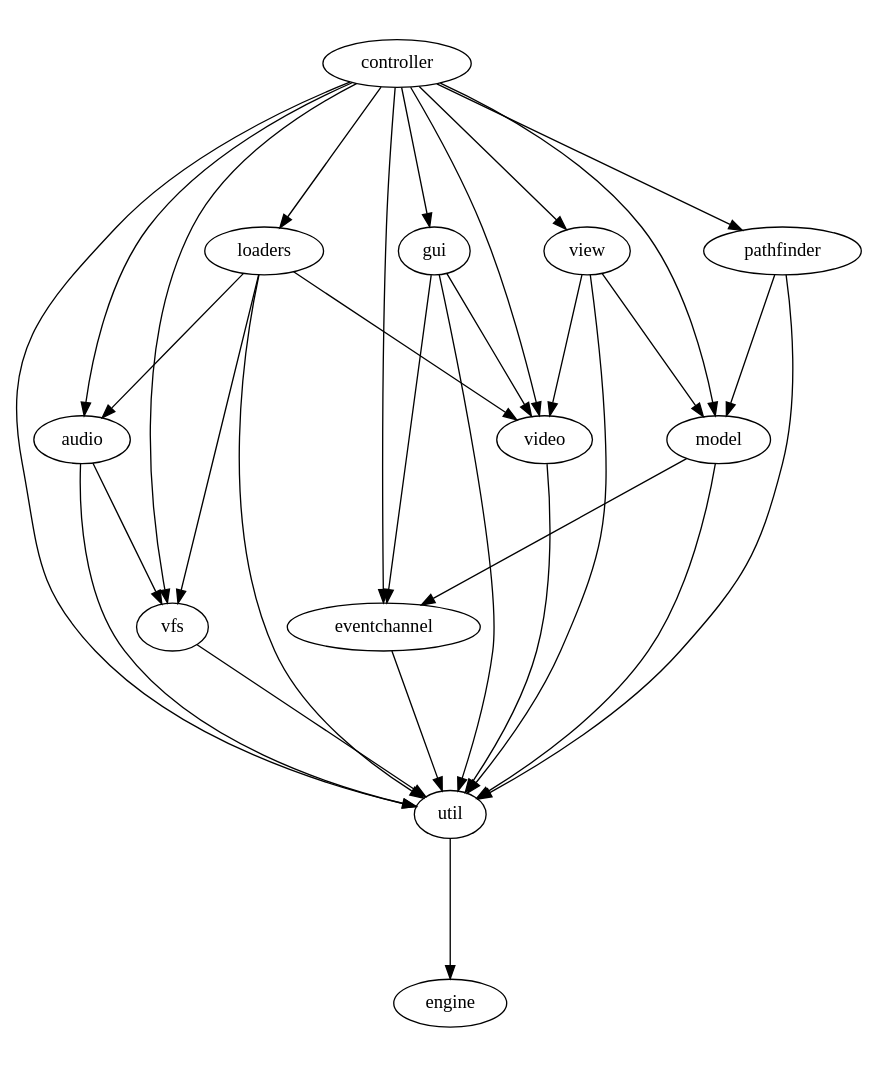
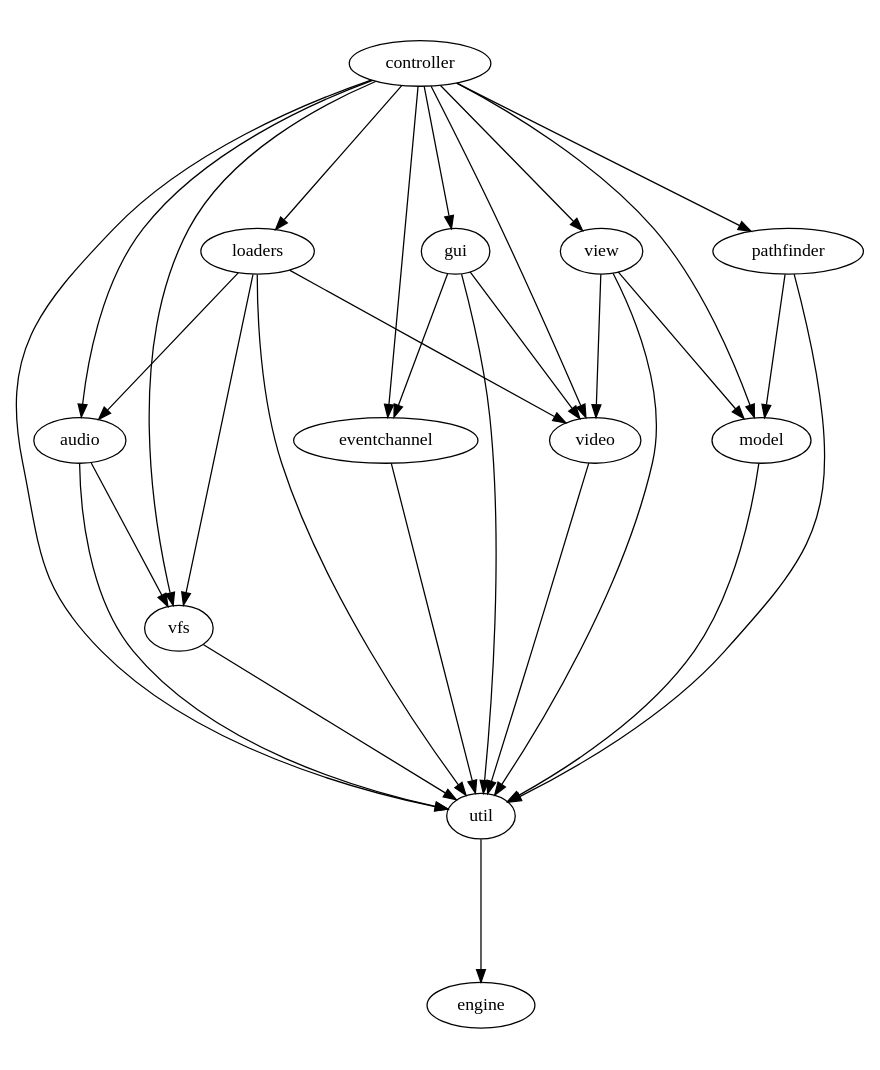
One commit to fifengine/fifengine changed the diagram in doc/dependencies/moduledeps.dot. Above: the diagram before and after it, drawn with Graphviz. The commit also changed 27 other files, not shown here.

```diff
--- a/doc/dependencies/moduledeps.dot
+++ b/doc/dependencies/moduledeps.dot
@@ -1,38 +1,37 @@
 digraph "source tree" {
     overlap=scale;
     size="8,10";
     ratio="fill";
     fontsize="16";
     fontname="Helvetica";
     clusterrank="local";
     "audio" -> "util"
     "audio" -> "vfs"
     "controller" -> "audio"
     "controller" -> "eventchannel"
     "controller" -> "gui"
     "controller" -> "loaders"
     "controller" -> "model"
     "controller" -> "pathfinder"
     "controller" -> "util"
     "controller" -> "vfs"
     "controller" -> "video"
     "controller" -> "view"
     "eventchannel" -> "util"
     "gui" -> "eventchannel"
     "gui" -> "util"
     "gui" -> "video"
     "loaders" -> "audio"
     "loaders" -> "util"
     "loaders" -> "vfs"
     "loaders" -> "video"
-    "model" -> "eventchannel"
     "model" -> "util"
     "pathfinder" -> "model"
     "pathfinder" -> "util"
     "util" -> "engine"
     "vfs" -> "util"
     "video" -> "util"
     "view" -> "model"
     "view" -> "util"
     "view" -> "video"
 }
```
